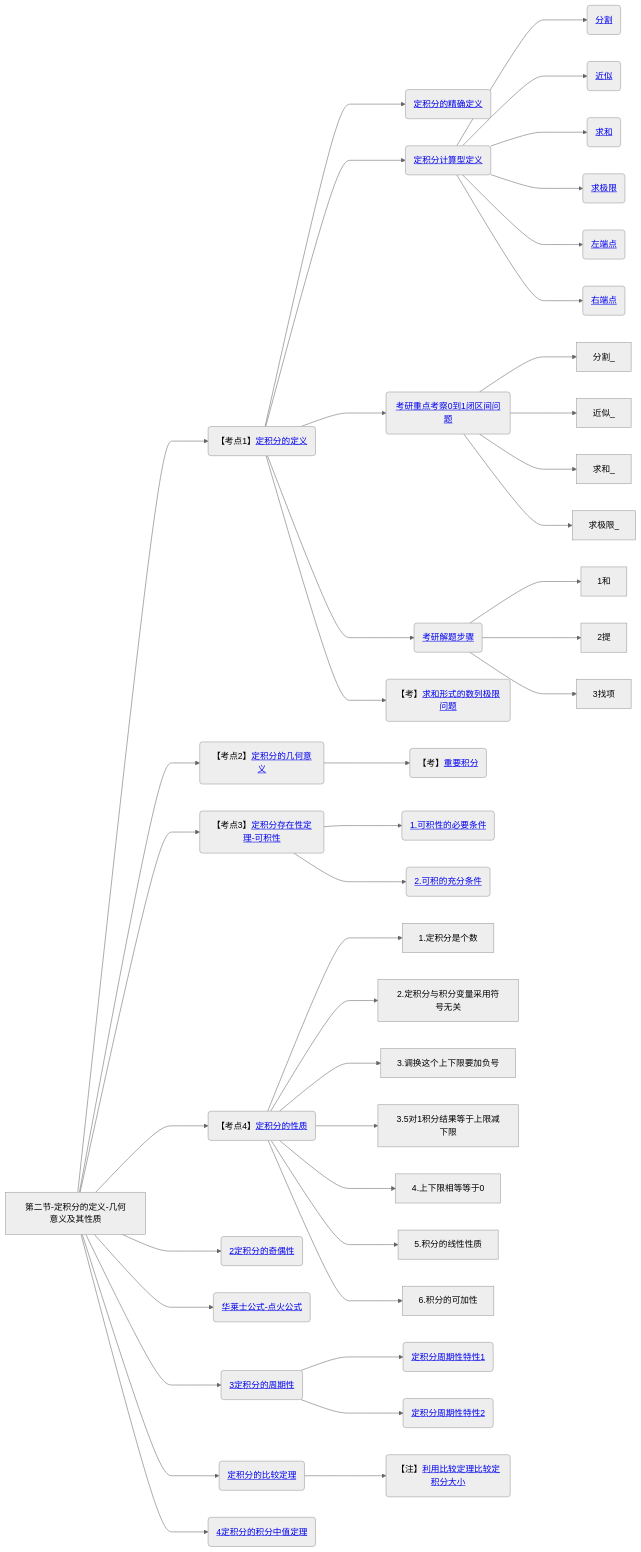
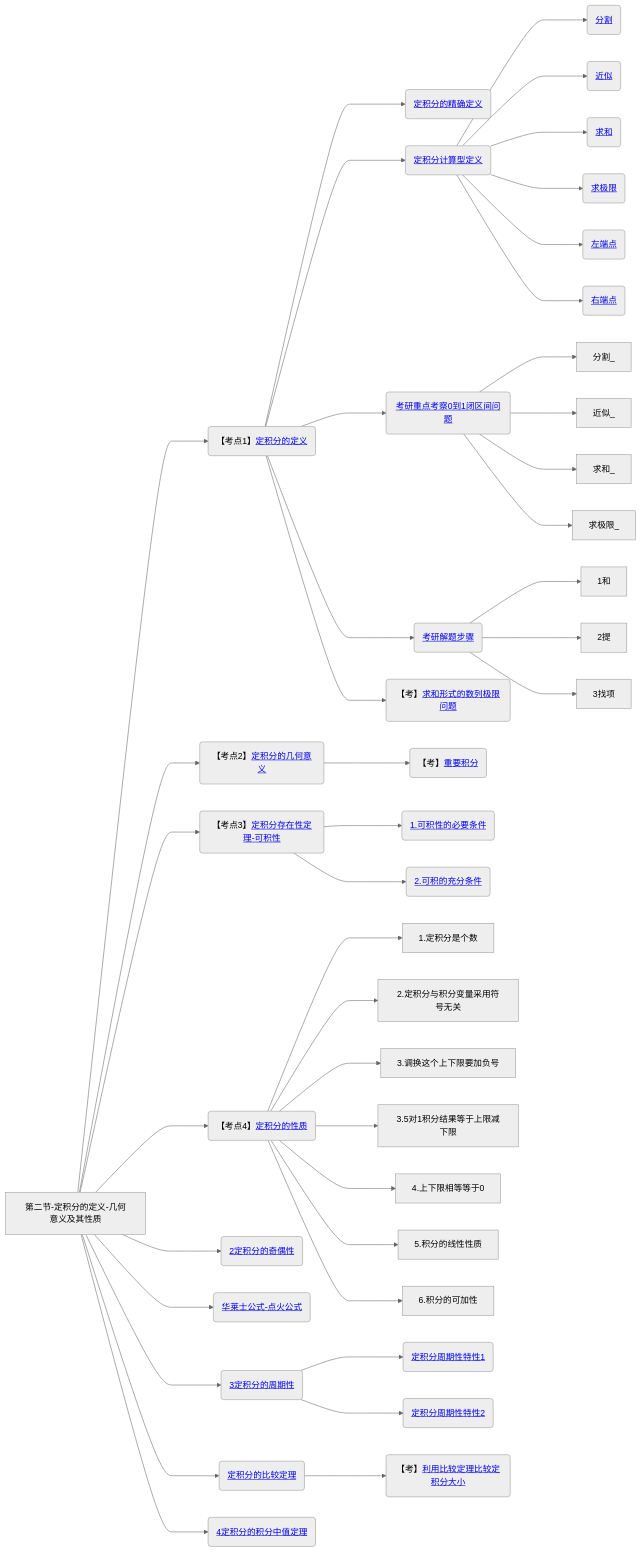
Before and after one commit to yuebinghui/note: diagram 19 of 19 in 笔记/数学/周洋鑫/01.基础班思维导图.md, drawn with Mermaid (neutral theme). The commit also changed 10 other files, not shown here.

````diff
--- a/笔记/数学/周洋鑫/01.基础班思维导图.md
+++ b/笔记/数学/周洋鑫/01.基础班思维导图.md
@@ -694,63 +694,60 @@
 ```mermaid
 graph LR
 第二节-定积分的定义-几何意义及其性质
 
-第二节-定积分的定义-几何意义及其性质--->定积分的定义(【考点1】<a href="/Users/yuebinghui/Documents/program/github/note/笔记/数学/周洋鑫/基础班/21.定积分的定义_1.md#定积分的定义">定积分的定义</>)
+第二节-定积分的定义-几何意义及其性质--->定积分的定义(【考点1】<a href="/Users/yuebinghui/Documents/program/github/note/笔记/数学/周洋鑫/基础班/21.定积分的定义.md#定积分的定义">定积分的定义</>)
 
-定积分的定义--->定积分的精确定义(<a href="/Users/yuebinghui/Documents/program/github/note/笔记/数学/周洋鑫/基础班/21.定积分的定义_1.md#定积分的精确定义">定积分的精确定义</>)
+定积分的定义--->定积分的精确定义(<a href="/Users/yuebinghui/Documents/program/github/note/笔记/数学/周洋鑫/基础班/21.定积分的定义.md#定积分的精确定义">定积分的精确定义</>)
 定积分的精确定义
-定积分的定义--->定积分计算型定义(<a href="/Users/yuebinghui/Documents/program/github/note/笔记/数学/周洋鑫/基础班/21.定积分的定义_1.md#定积分计算型定义">定积分计算型定义</>)
-定积分计算型定义--->分割(<a href="/Users/yuebinghui/Documents/program/github/note/笔记/数学/周洋鑫/基础班/21.定积分的定义_1.md#分割">分割</>)
-定积分计算型定义--->近似(<a href="/Users/yuebinghui/Documents/program/github/note/笔记/数学/周洋鑫/基础班/21.定积分的定义_1.md#近似">近似</>)
-定积分计算型定义--->求和(<a href="/Users/yuebinghui/Documents/program/github/note/笔记/数学/周洋鑫/基础班/21.定积分的定义_1.md#求和">求和</>)
-定积分计算型定义--->求极限(<a href="/Users/yuebinghui/Documents/program/github/note/笔记/数学/周洋鑫/基础班/21.定积分的定义_1.md#求极限">求极限</>)
-定积分计算型定义--->左端点(<a href="/Users/yuebinghui/Documents/program/github/note/笔记/数学/周洋鑫/基础班/21.定积分的定义_1.md#左端点">左端点</>)
-定积分计算型定义--->右端点(<a href="/Users/yuebinghui/Documents/program/github/note/笔记/数学/周洋鑫/基础班/21.定积分的定义_1.md#右端点">右端点</>)
+定积分的定义--->定积分计算型定义(<a href="/Users/yuebinghui/Documents/program/github/note/笔记/数学/周洋鑫/基础班/21.定积分的定义.md#定积分计算型定义">定积分计算型定义</>)
+定积分计算型定义--->分割(<a href="/Users/yuebinghui/Documents/program/github/note/笔记/数学/周洋鑫/基础班/21.定积分的定义.md#分割">分割</>)
+定积分计算型定义--->近似(<a href="/Users/yuebinghui/Documents/program/github/note/笔记/数学/周洋鑫/基础班/21.定积分的定义.md#近似">近似</>)
+定积分计算型定义--->求和(<a href="/Users/yuebinghui/Documents/program/github/note/笔记/数学/周洋鑫/基础班/21.定积分的定义.md#求和">求和</>)
+定积分计算型定义--->求极限(<a href="/Users/yuebinghui/Documents/program/github/note/笔记/数学/周洋鑫/基础班/21.定积分的定义.md#求极限">求极限</>)
+定积分计算型定义--->左端点(<a href="/Users/yuebinghui/Documents/program/github/note/笔记/数学/周洋鑫/基础班/21.定积分的定义.md#左端点">左端点</>)
+定积分计算型定义--->右端点(<a href="/Users/yuebinghui/Documents/program/github/note/笔记/数学/周洋鑫/基础班/21.定积分的定义.md#右端点">右端点</>)
 
-定积分的定义--->考研重点考察0到1闭区间问题(<a href="/Users/yuebinghui/Documents/program/github/note/笔记/数学/周洋鑫/基础班/21.定积分的定义_1.md#考研重点考察0到1闭区间问题">考研重点考察0到1闭区间问题</>)
+定积分的定义--->考研重点考察0到1闭区间问题(<a href="/Users/yuebinghui/Documents/program/github/note/笔记/数学/周洋鑫/基础班/21.定积分的定义.md#考研重点考察0到1闭区间问题">考研重点考察0到1闭区间问题</>)
 考研重点考察0到1闭区间问题--->分割_
 考研重点考察0到1闭区间问题--->近似_
 考研重点考察0到1闭区间问题--->求和_
 考研重点考察0到1闭区间问题--->求极限_
 
-定积分的定义--->考研解题步骤(<a href="/Users/yuebinghui/Documents/program/github/note/笔记/数学/周洋鑫/基础班/21.定积分的定义_1.md#考研解题步骤">考研解题步骤</>)
+定积分的定义--->考研解题步骤(<a href="/Users/yuebinghui/Documents/program/github/note/笔记/数学/周洋鑫/基础班/21.定积分的定义.md#考研解题步骤">考研解题步骤</>)
 考研解题步骤--->1和
 考研解题步骤--->2提
 考研解题步骤--->3找项
 
-定积分的定义--->求和形式的数列极限问题(【考】<a href="/Users/yuebinghui/Documents/program/github/note/笔记/数学/周洋鑫/基础班/21.定积分的定义_1.md#求和形式的数列极限问题">求和形式的数列极限问题</>)
+定积分的定义--->求和形式的数列极限问题(【考】<a href="/Users/yuebinghui/Documents/program/github/note/笔记/数学/周洋鑫/基础班/21.定积分的定义.md#求和形式的数列极限问题">求和形式的数列极限问题</>)
 
-第二节-定积分的定义-几何意义及其性质--->定积分的几何意义(【考点2】<a href="/Users/yuebinghui/Documents/program/github/note/笔记/数学/周洋鑫/基础班/21.定积分的定义_1.md#定积分的几何意义">定积分的几何意义</>)
-定积分的几何意义--->重要积分(【考】<a href="/Users/yuebinghui/Documents/program/github/note/笔记/数学/周洋鑫/基础班/21.定积分的定义_1.md#重要积分">重要积分</>)
+第二节-定积分的定义-几何意义及其性质--->定积分的几何意义(【考点2】<a href="/Users/yuebinghui/Documents/program/github/note/笔记/数学/周洋鑫/基础班/21.定积分的定义.md#定积分的几何意义">定积分的几何意义</>)
+定积分的几何意义--->重要积分(【考】<a href="/Users/yuebinghui/Documents/program/github/note/笔记/数学/周洋鑫/基础班/21.定积分的定义.md#重要积分">重要积分</>)
 
-第二节-定积分的定义-几何意义及其性质--->定积分存在性定理-可积性(【考点3】<a href="/Users/yuebinghui/Documents/program/github/note/笔记/数学/周洋鑫/基础班/21.定积分的定义_1.md#定积分存在性定理-可积性">定积分存在性定理-可积性</>)
-定积分存在性定理-可积性--->1.可积性的必要条件(<a href="/Users/yuebinghui/Documents/program/github/note/笔记/数学/周洋鑫/基础班/21.定积分的定义_1.md#1.可积性的必要条件">1.可积性的必要条件</>)
-定积分存在性定理-可积性--->2.可积的充分条件(<a href="/Users/yuebinghui/Documents/program/github/note/笔记/数学/周洋鑫/基础班/21.定积分的定义_1.md#2.可积的充分条件">2.可积的充分条件</>)
+第二节-定积分的定义-几何意义及其性质--->定积分存在性定理-可积性(【考点3】<a href="/Users/yuebinghui/Documents/program/github/note/笔记/数学/周洋鑫/基础班/21.定积分的定义.md#定积分存在性定理-可积性">定积分存在性定理-可积性</>)
+定积分存在性定理-可积性--->1.可积性的必要条件(<a href="/Users/yuebinghui/Documents/program/github/note/笔记/数学/周洋鑫/基础班/21.定积分的定义.md#1.可积性的必要条件">1.可积性的必要条件</>)
+定积分存在性定理-可积性--->2.可积的充分条件(<a href="/Users/yuebinghui/Documents/program/github/note/笔记/数学/周洋鑫/基础班/21.定积分的定义.md#2.可积的充分条件">2.可积的充分条件</>)
 
 
-第二节-定积分的定义-几何意义及其性质--->定积分的性质(【考点4】<a href="/Users/yuebinghui/Documents/program/github/note/笔记/数学/周洋鑫/基础班/21.定积分的定义_1.md#定积分的性质">定积分的性质</>)
+第二节-定积分的定义-几何意义及其性质--->定积分的性质(【考点4】<a href="/Users/yuebinghui/Documents/program/github/note/笔记/数学/周洋鑫/基础班/21.定积分的定义.md#定积分的性质">定积分的性质</>)
 
 定积分的性质--->1.定积分是个数
 定积分的性质--->2.定积分与积分变量采用符号无关
 定积分的性质--->3.调换这个上下限要加负号
 定积分的性质--->3.5对1积分结果等于上限减下限
 定积分的性质--->4.上下限相等等于0
 定积分的性质--->5.积分的线性性质
 定积分的性质--->6.积分的可加性
+第二节-定积分的定义-几何意义及其性质--->2定积分的奇偶性(<a href="/Users/yuebinghui/Documents/program/github/note/笔记/数学/周洋鑫/基础班/22.定积分的性质.md#2定积分的奇偶性">2定积分的奇偶性</>)
 
-第二节-定积分的定义-几何意义及其性质--->2定积分的奇偶性(<a href="/Users/yuebinghui/Documents/program/github/note/笔记/数学/周洋鑫/基础班/21.定积分的定义_1.md#2定积分的奇偶性">2定积分的奇偶性</>)
+第二节-定积分的定义-几何意义及其性质--->华莱士公式-点火公式(<a href="/Users/yuebinghui/Documents/program/github/note/笔记/数学/周洋鑫/基础班/22.定积分的性质.md#华莱士公式-点火公式">华莱士公式-点火公式</>)
 
-第二节-定积分的定义-几何意义及其性质--->华莱士公式-点火公式(<a href="/Users/yuebinghui/Documents/program/github/note/笔记/数学/周洋鑫/基础班/21.定积分的定义_1.md#华莱士公式-点火公式">华莱士公式-点火公式</>)
+第二节-定积分的定义-几何意义及其性质--->3定积分的周期性(<a href="/Users/yuebinghui/Documents/program/github/note/笔记/数学/周洋鑫/基础班/22.定积分的性质.md#3定积分的周期性">3定积分的周期性</>)
 
-第二节-定积分的定义-几何意义及其性质--->3定积分的周期性(<a href="/Users/yuebinghui/Documents/program/github/note/笔记/数学/周洋鑫/基础班/21.定积分的定义_1.md#3定积分的周期性">3定积分的周期性</>)
+3定积分的周期性--->定积分周期性特性1(<a href="/Users/yuebinghui/Documents/program/github/note/笔记/数学/周洋鑫/基础班/22.定积分的性质.md#定积分周期性特性1">定积分周期性特性1</>)
+3定积分的周期性--->定积分周期性特性2(<a href="/Users/yuebinghui/Documents/program/github/note/笔记/数学/周洋鑫/基础班/22.定积分的性质.md#定积分周期性特性2">定积分周期性特性2</>)
 
-3定积分的周期性--->定积分周期性特性1(<a href="/Users/yuebinghui/Documents/program/github/note/笔记/数学/周洋鑫/基础班/21.定积分的定义_1.md#定积分周期性特性1">定积分周期性特性1</>)
-3定积分的周期性--->定积分周期性特性2(<a href="/Users/yuebinghui/Documents/program/github/note/笔记/数学/周洋鑫/基础班/21.定积分的定义_1.md#定积分周期性特性2">定积分周期性特性2</>)
+第二节-定积分的定义-几何意义及其性质--->定积分的比较定理(<a href="/Users/yuebinghui/Documents/program/github/note/笔记/数学/周洋鑫/基础班/22.定积分的性质.md#定积分的比较定理">定积分的比较定理</>)
+定积分的比较定理--->利用比较定理比较定积分大小(【考】<a href="/Users/yuebinghui/Documents/program/github/note/笔记/数学/周洋鑫/基础班/22.定积分的性质.md#利用比较定理比较定积分大小">利用比较定理比较定积分大小</>)
 
-第二节-定积分的定义-几何意义及其性质--->定积分的比较定理(<a href="/Users/yuebinghui/Documents/program/github/note/笔记/数学/周洋鑫/基础班/21.定积分的定义_1.md#定积分的比较定理">定积分的比较定理</>)
-定积分的比较定理--->利用比较定理比较定积分大小(【注】<a href="/Users/yuebinghui/Documents/program/github/note/笔记/数学/周洋鑫/基础班/21.定积分的定义_1.md#利用比较定理比较定积分大小">利用比较定理比较定积分大小</>)
-
-第二节-定积分的定义-几何意义及其性质--->4定积分的积分中值定理(<a href="/Users/yuebinghui/Documents/program/github/note/笔记/数学/周洋鑫/基础班/21.定积分的定义_1.md#4定积分的积分中值定理">4定积分的积分中值定理</>)
-
-
+第二节-定积分的定义-几何意义及其性质--->4定积分的积分中值定理(<a href="/Users/yuebinghui/Documents/program/github/note/笔记/数学/周洋鑫/基础班/22.定积分的性质.md#4定积分的积分中值定理">4定积分的积分中值定理</>)
 ```
````
